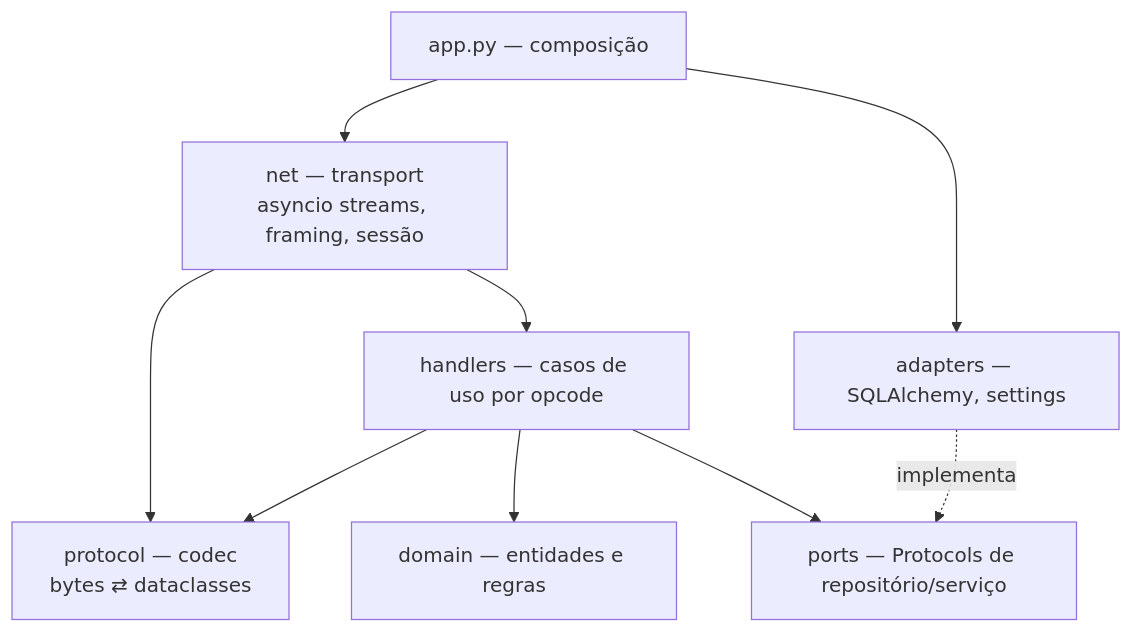
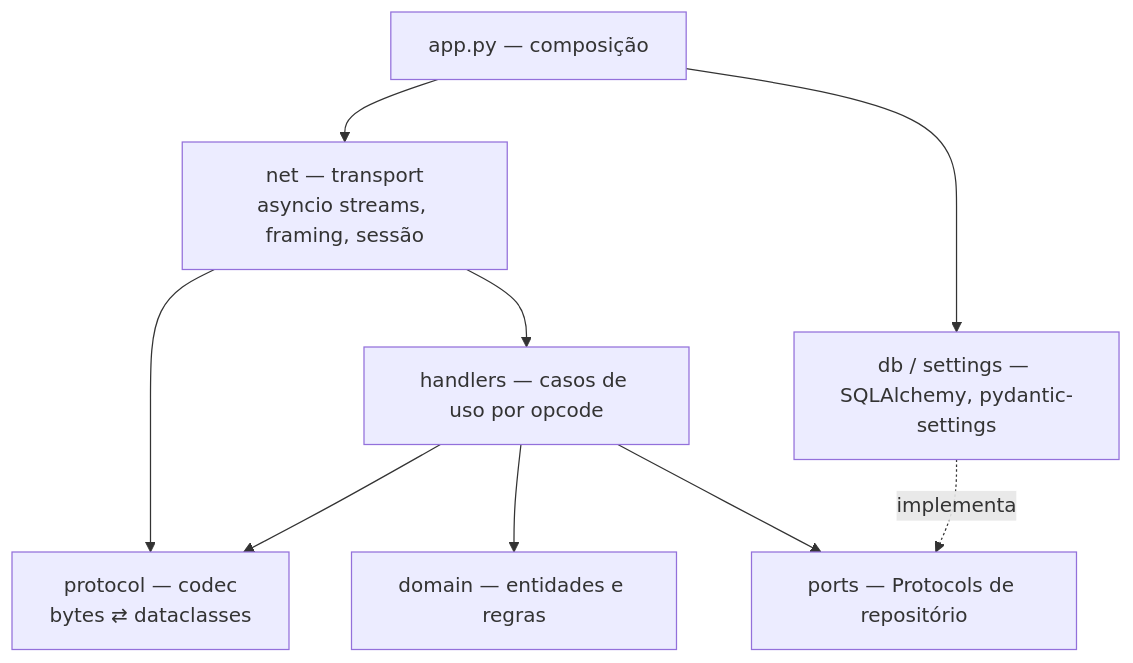
Before and after one commit to erycson/landmass-emulator: the first of 2 diagrams in docs/architecture/03-emulator.md, drawn with Mermaid. The commit also changed other lines of this file and 41 other files, not shown here.

````diff
--- a/docs/architecture/03-emulator.md
+++ b/docs/architecture/03-emulator.md
@@ -5,18 +5,18 @@
 ```mermaid
 flowchart TB
   T[net — transport<br/>asyncio streams, framing, sessão]
   CO[protocol — codec<br/>bytes ⇄ dataclasses]
   H[handlers — casos de uso por opcode]
   DO[domain — entidades e regras]
-  PO[ports — Protocols de repositório/serviço]
-  AD[adapters — SQLAlchemy, settings]
+  PO[ports — Protocols de repositório]
+  AD[db / settings — SQLAlchemy, pydantic-settings]
   APP[app.py — composição]
   T --> CO
   T --> H
   H --> CO
   H --> DO
   H --> PO
   AD -. implementa .-> PO
   APP --> T
   APP --> AD
 ```
````
